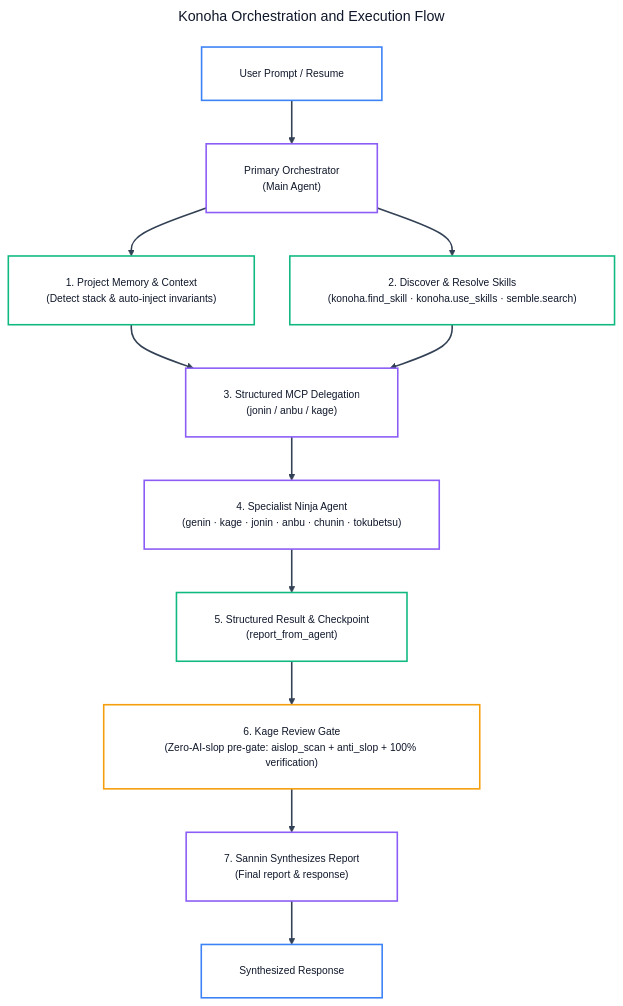
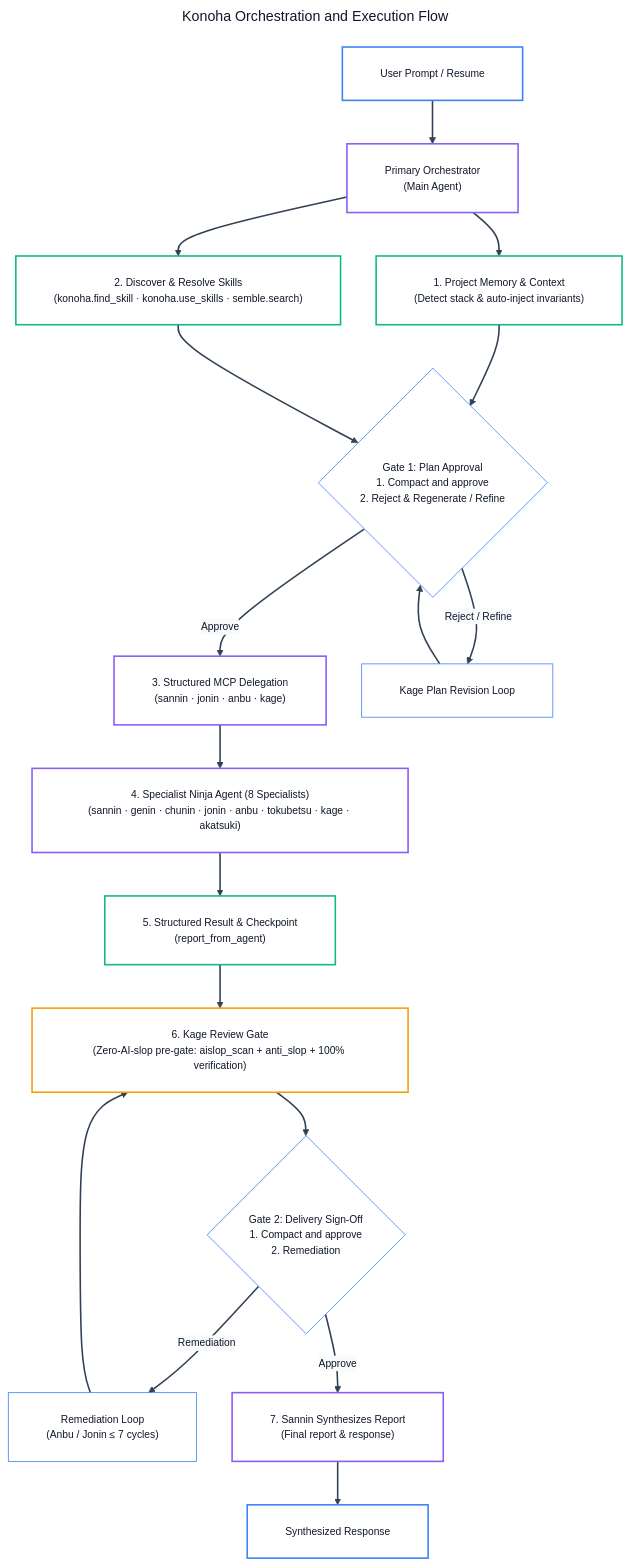
One commit to andycungkrinx91/konoha changed the first of 3 diagrams in README.md. Above: the diagram before and after it, drawn with Mermaid. The commit also changed other lines of this file and 4689 other files, not shown here.

````diff
--- a/README.md
+++ b/README.md
@@ -310,46 +101,52 @@
 ```mermaid
 ---
 title: Konoha Orchestration and Execution Flow
 config:
   theme: base
   themeVariables:
     darkMode: false
     background: '#ffffff'
     mainBkg: '#ffffff'
     primaryColor: '#ffffff'
     primaryTextColor: '#0f172a'
     primaryBorderColor: '#3b82f6'
     lineColor: '#334155'
     arrowheadColor: '#334155'
     secondaryColor: '#f8fafc'
     tertiaryColor: '#ffffff'
     fontFamily: 'Inter, system-ui, -apple-system, sans-serif'
     fontSize: '13px'
   flowchart:
     nodeSpacing: 45
     rankSpacing: 55
     padding: 24
     wrappingWidth: 380
 ---
 flowchart TB
     Prompt["User Prompt / Resume"] --> Orchestrator["Primary Orchestrator<br/>(Main Agent)"]
     Orchestrator --> Context["1. Project Memory & Context<br/>(Detect stack & auto-inject invariants)"]
     Orchestrator --> Discover["2. Discover & Resolve Skills<br/>(konoha.find_skill · konoha.use_skills · semble.search)"]
-    Context --> Delegate["3. Structured MCP Delegation<br/>(jonin / anbu / kage)"]
-    Discover --> Delegate
-    Delegate --> Agent["4. Specialist Ninja Agent<br/>(genin · kage · jonin · anbu · chunin · tokubetsu)"]
+    Context --> Gate1{"Gate 1: Plan Approval<br/>1. Compact and approve<br/>2. Reject & Regenerate / Refine"}
+    Discover --> Gate1
+    Gate1 -->|Approve| Delegate["3. Structured MCP Delegation<br/>(sannin · jonin · anbu · kage)"]
+    Gate1 -->|Reject / Refine| PlanRebuild["Kage Plan Revision Loop"]
+    PlanRebuild --> Gate1
+    Delegate --> Agent["4. Specialist Ninja Agent (8 Specialists)<br/>(sannin · genin · chunin · jonin · anbu · tokubetsu · kage · akatsuki)"]
     Agent --> Report["5. Structured Result & Checkpoint<br/>(report_from_agent)"]
     Report --> Review["6. Kage Review Gate<br/>(Zero-AI-slop pre-gate: aislop_scan + anti_slop + 100% verification)"]
-    Review --> Synthesize["7. Sannin Synthesizes Report<br/>(Final report & response)"]
+    Review --> Gate2{"Gate 2: Delivery Sign-Off<br/>1. Compact and approve<br/>2. Remediation"}
+    Gate2 -->|Remediation| Remediate["Remediation Loop<br/>(Anbu / Jonin ≤ 7 cycles)"]
+    Remediate --> Review
+    Gate2 -->|Approve| Synthesize["7. Sannin Synthesizes Report<br/>(Final report & response)"]
     Synthesize --> Response["Synthesized Response"]
 
     linkStyle default stroke:#334155,stroke-width:2px;
     classDef userNode fill:#ffffff,stroke:#3b82f6,color:#0f172a,stroke-width:2px;
     classDef orchNode fill:#ffffff,stroke:#8b5cf6,color:#0f172a,stroke-width:2px;
     classDef mcpNode fill:#ffffff,stroke:#10b981,color:#0f172a,stroke-width:2px;
     classDef reviewNode fill:#ffffff,stroke:#f59e0b,color:#0f172a,stroke-width:2px;
     class Prompt,Response userNode;
     class Orchestrator,Synthesize,Delegate,Agent orchNode;
     class Context,Discover,Report mcpNode;
     class Review reviewNode;
 ```
````
